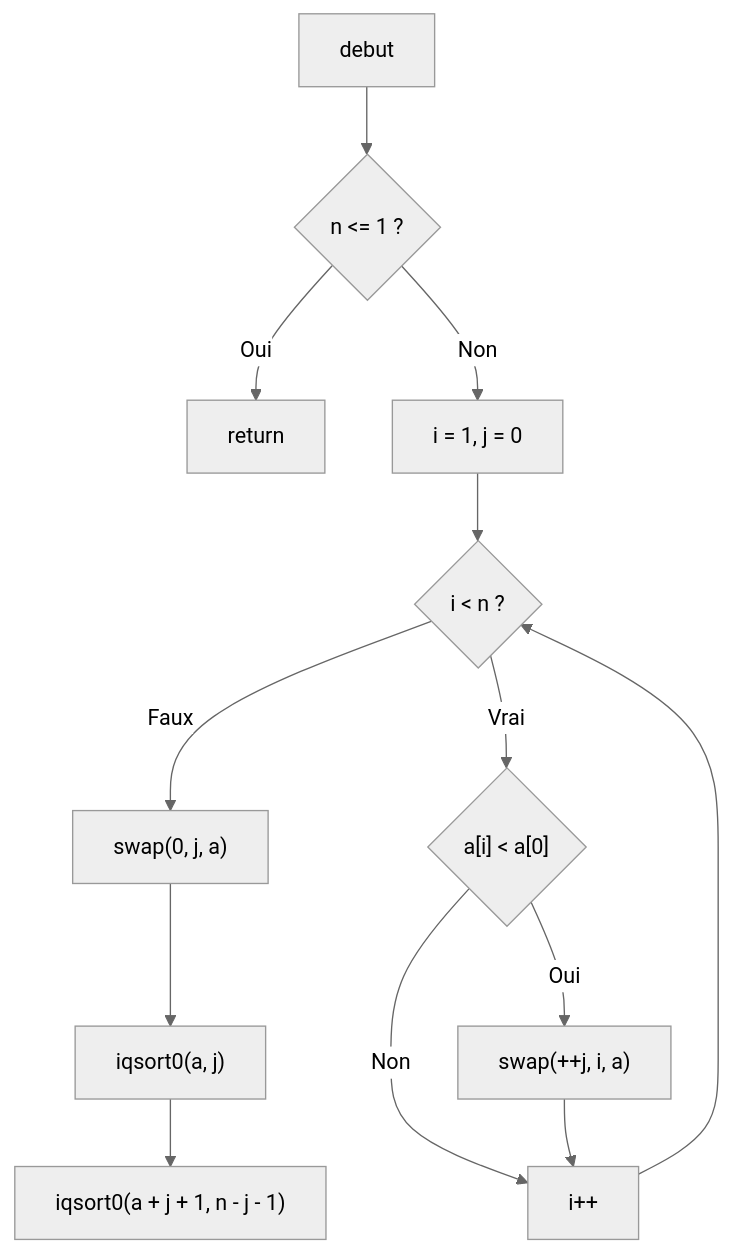
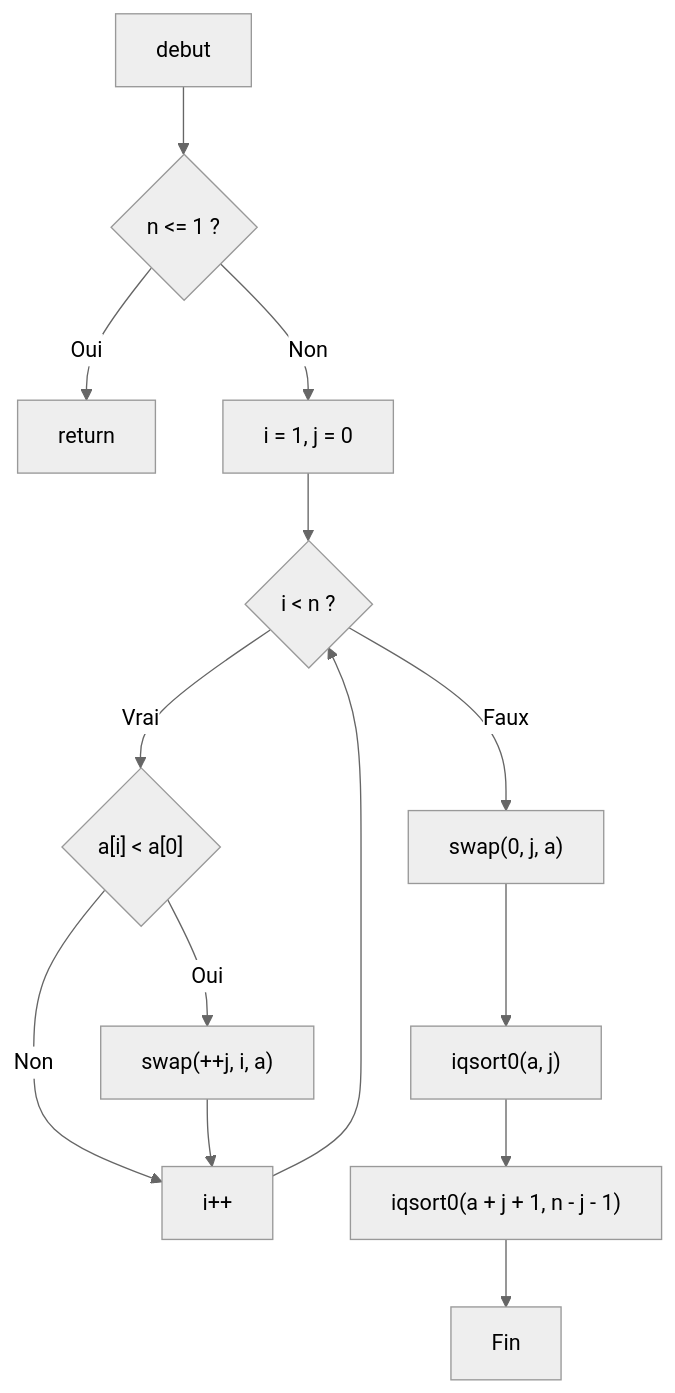
One commit to ATHERLY-Evan-24012805/Evan_Atherly-Pablo_Sene-Alexis-Lambert changed the diagram in README.md. Above: the diagram before and after it, drawn with Mermaid (neutral theme). The commit also changed other lines of this file and 1 other file, not shown here.

````diff
--- a/README.md
+++ b/README.md
@@ -5,15 +5,16 @@
 ```mermaid
 graph TD
     debut --> Cond1{"n <= 1 ?"}
     Cond1 -- Oui --> Sortie[return]
     Cond1 -- Non --> Init["i = 1, j = 0"]
     Init --> Cond2{"i < n ?"}
     Cond2 -- Faux --> S2["swap(0, j, a)"]
     Cond2 -- Vrai --> Cond3{"a[i] < a[0]"}
     Cond3 -- Oui --> S1["swap(++j, i, a)"]
     Cond3 -- Non --> Inc["i++"]
     S1 --> Inc
     Inc --> Cond2
     S2 --> Rec1["iqsort0(a, j)"]
     Rec1 --> Rec2["iqsort0(a + j + 1, n - j - 1)"]
+    Rec2 --> Fin[Fin]
 ```
````
